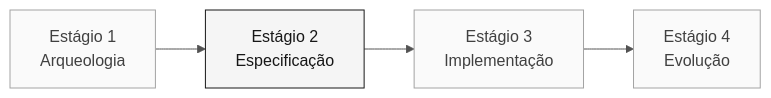
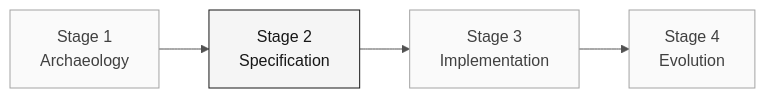
Before and after one commit to paulasilvatech/datacorp-mm-team-kit: the diagram in 05-personas/03-enterprise-architect/PERSONA.md, drawn with Mermaid. The commit also changed other lines of this file and 163 other files, not shown here.

````diff
--- a/05-personas/03-enterprise-architect/PERSONA.md
+++ b/05-personas/03-enterprise-architect/PERSONA.md
@@ -34,11 +34,11 @@
 ```mermaid
 %%{init: {'theme':'neutral','themeVariables':{'fontFamily':'ui-sans-serif, system-ui, sans-serif','primaryColor':'#F5F5F5','primaryTextColor':'#171717','primaryBorderColor':'#171717','lineColor':'#525252','secondaryColor':'#FFFFFF','tertiaryColor':'#FAFAFA','background':'#FFFFFF'}}}%%
 flowchart LR
     classDef active fill:#F5F5F5,stroke:#171717,color:#171717
     classDef support fill:#FAFAFA,stroke:#A3A3A3,color:#404040
     classDef inactive fill:#FFFFFF,stroke:#E5E5E5,color:#A3A3A3
 
-    E1["Estágio 1<br/>Arqueologia"]:::support --> E2["Estágio 2<br/>Especificação"]:::active
-    E2 --> E3["Estágio 3<br/>Implementação"]:::support
-    E3 --> E4["Estágio 4<br/>Evolução"]:::support
+    E1["Stage 1<br/>Archaeology"]:::support --> E2["Stage 2<br/>Specification"]:::active
+    E2 --> E3["Stage 3<br/>Implementation"]:::support
+    E3 --> E4["Stage 4<br/>Evolution"]:::support
 ```
````
